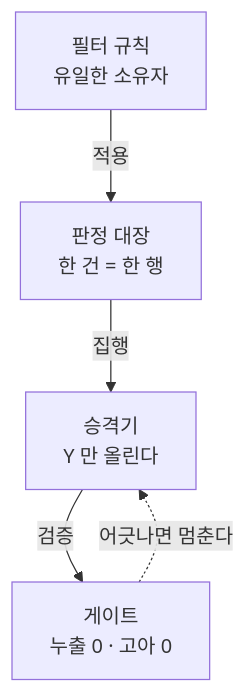
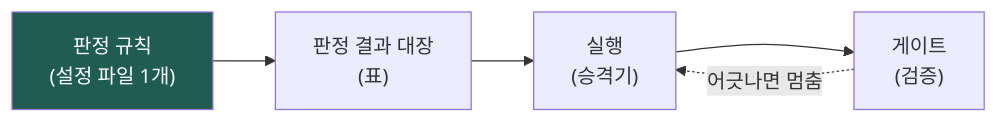
The sixth of 8 diagrams in README.md (Roykoo83/ur-harness), drawn with Mermaid before and after one commit. The commit also changed other lines of this file, not shown here.

````diff
--- a/README.md
+++ b/README.md
@@ -114,7 +414,8 @@
 ```mermaid
-flowchart TB
-    R["필터 규칙<br/>유일한 소유자"] -->|"적용"| L["판정 대장<br/>한 건 = 한 행"]
-    L -->|"집행"| P["승격기<br/>Y 만 올린다"]
-    P -->|"검증"| G["게이트<br/>누출 0 · 고아 0"]
-    G -.->|"어긋나면 멈춘다"| P
+graph LR
+    R["판정 규칙<br/>(설정 파일 1개)"] --> L["판정 결과 대장<br/>(표)"]
+    L --> E["실행<br/>(승격기)"]
+    E --> G["게이트<br/>(검증)"]
+    G -.->|"어긋나면 멈춤"| E
+    style R fill:#1F5D52,color:#fff
 ```
````
